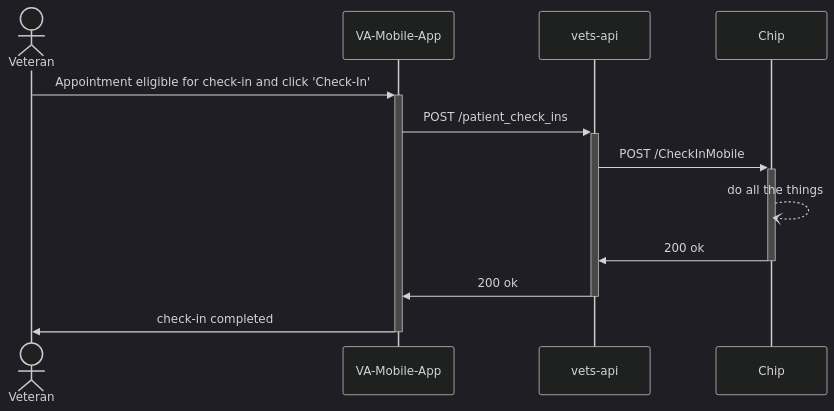
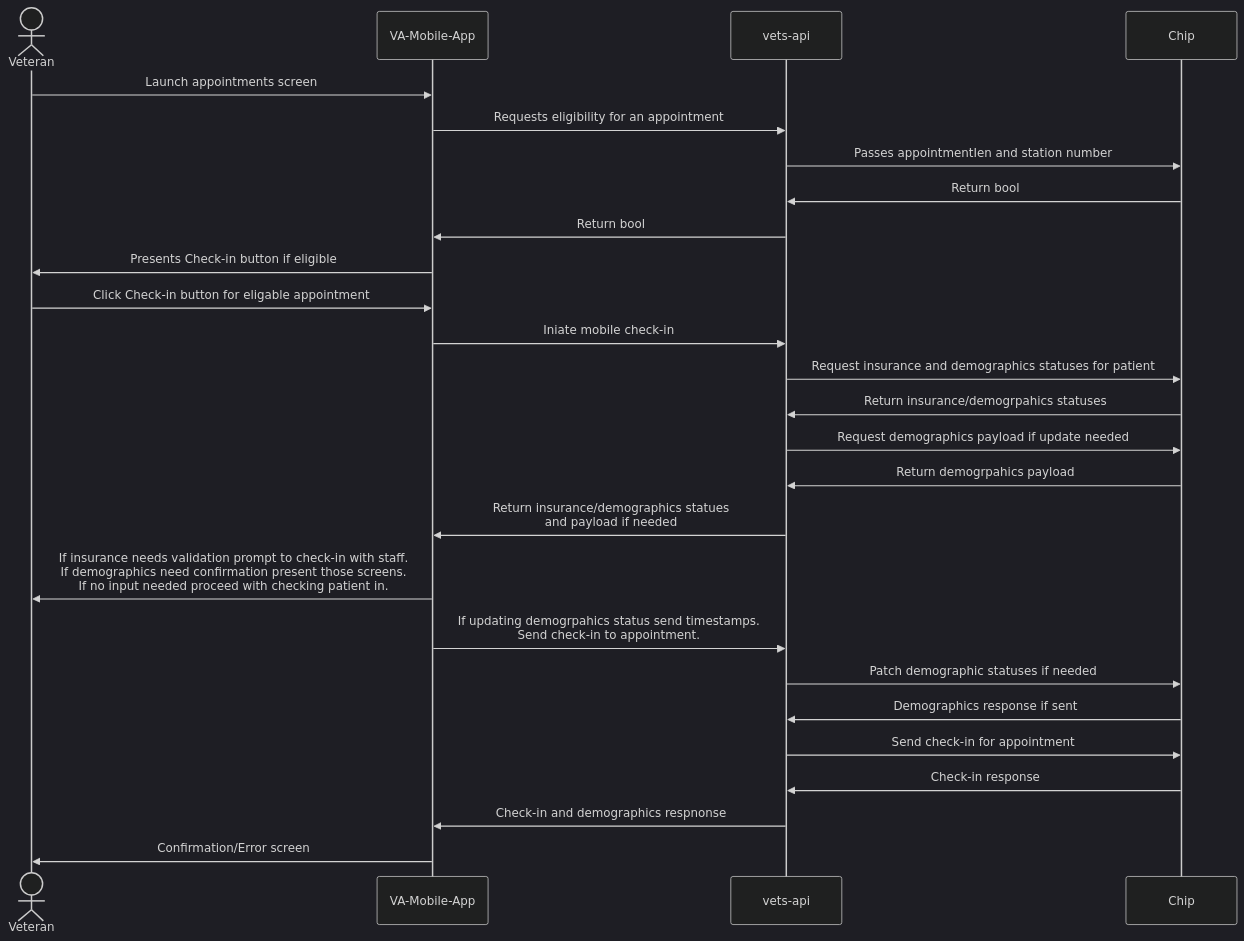
The diagram in products/health-care/checkin/engineering/full-auth-check-in/README.md (department-of-veterans-affairs/va.gov-team), drawn with Mermaid (dark theme) before and after one commit. The commit also changed other lines of this file, not shown here.

````diff
--- a/products/health-care/checkin/engineering/full-auth-check-in/README.md
+++ b/products/health-care/checkin/engineering/full-auth-check-in/README.md
@@ -15,15 +15,29 @@
 ```mermaid
 sequenceDiagram
     actor vet as Veteran
     participant vam as VA-Mobile-App
     participant va as vets-api
     participant chip as Chip
 
-	vet->>+vam: Appointment eligible for check-in and click 'Check-In'
-	vam->>+va: POST /patient_check_ins
-  va->>+chip: POST /CheckInMobile
-  chip--)chip: do all the things
-  chip->>-va: 200 ok
-  va->>-vam: 200 ok
-	vam->>-vet: check-in completed
+	vet->>vam: Launch appointments screen
+	vam->>va: Requests eligibility for an appointment
+    va->>chip: Passes appointmentIen and station number
+    chip->>va: Return bool
+    va->>vam: Return bool
+    vam->>vet: Presents Check-in button if eligible
+    vet->>vam: Click Check-in button for eligable appointment
+    vam->>va: Iniate mobile check-in
+    va->>chip: Request insurance and demographics statuses for patient
+    chip->>va: Return insurance/demogrpahics statuses
+    va->>chip: Request demographics payload if update needed
+    chip->>va: Return demogrpahics payload
+    va->>vam: Return insurance/demographics statues <br />and payload if needed
+    vam->>vet: If insurance needs validation prompt to check-in with staff.<br /> If demographics need confirmation present those screens.<br /> If no input needed proceed with checking patient in.
+    vam->>va: If updating demogrpahics status send timestamps.<br />Send check-in to appointment.
+    va->>chip: Patch demographic statuses if needed
+    chip->>va: Demographics response if sent
+    va->>chip: Send check-in for appointment 
+    chip->>va: Check-in response
+    va->>vam: Check-in and demographics respnonse
+    vam->>vet: Confirmation/Error screen
 ```
````
